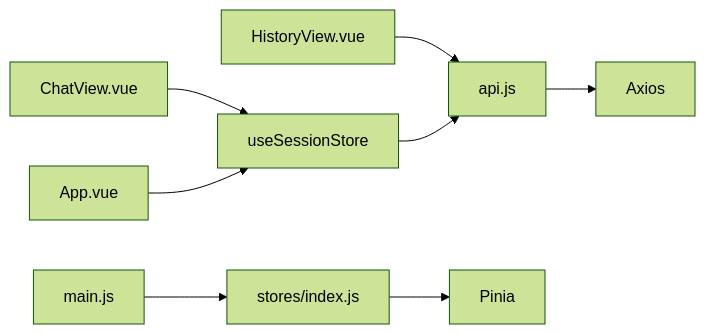
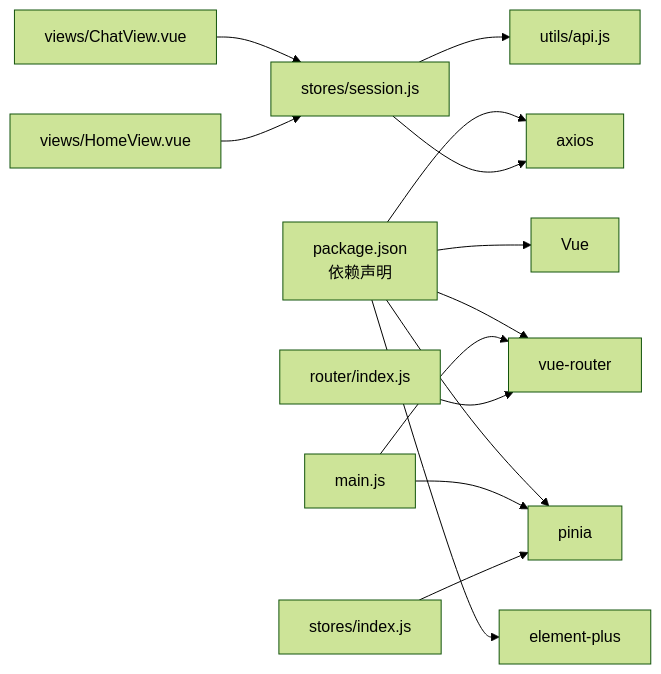
Before and after one commit to HanHuiOnLine/724-office: the sixth of 6 diagrams in NL2SQL/.qoder/repowiki/zh/content/前端应用/状态管理.md, drawn with Mermaid (forest theme). The commit also changed other lines of this file and 200 other files, not shown here.

````diff
--- a/NL2SQL/.qoder/repowiki/zh/content/前端应用/状态管理.md
+++ b/NL2SQL/.qoder/repowiki/zh/content/前端应用/状态管理.md
@@ -255,10 +274,16 @@
 ```mermaid
 graph LR
-ChatView["ChatView.vue"] --> SessionStore["useSessionStore"]
-App["App.vue"] --> SessionStore
-HistoryView["HistoryView.vue"] --> API["api.js"]
-SessionStore --> API
-Main["main.js"] --> StoresIndex["stores/index.js"]
-StoresIndex --> Pinia["Pinia"]
-API --> Axios["Axios"]
+P["package.json<br/>依赖声明"] --> V["Vue"]
+P --> R["vue-router"]
+P --> PIN["pinia"]
+P --> AX["axios"]
+P --> EP["element-plus"]
+MJS["main.js"] --> PIN
+MJS --> R
+IDX["stores/index.js"] --> PIN
+SS["stores/session.js"] --> API["utils/api.js"]
+SS --> AX
+CV["views/ChatView.vue"] --> SS
+HV["views/HomeView.vue"] --> SS
+ROUTER["router/index.js"] --> R
 ```
````
